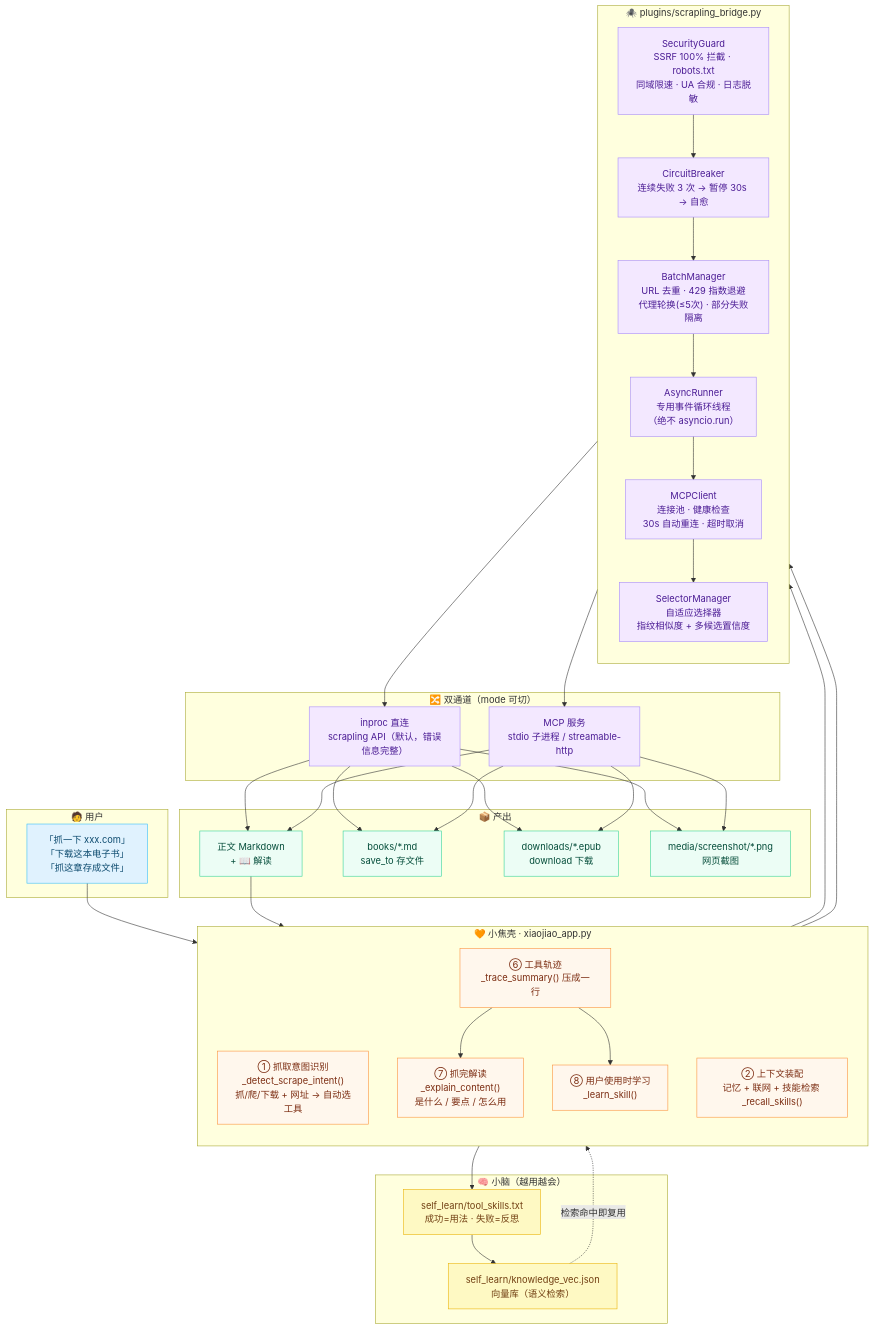
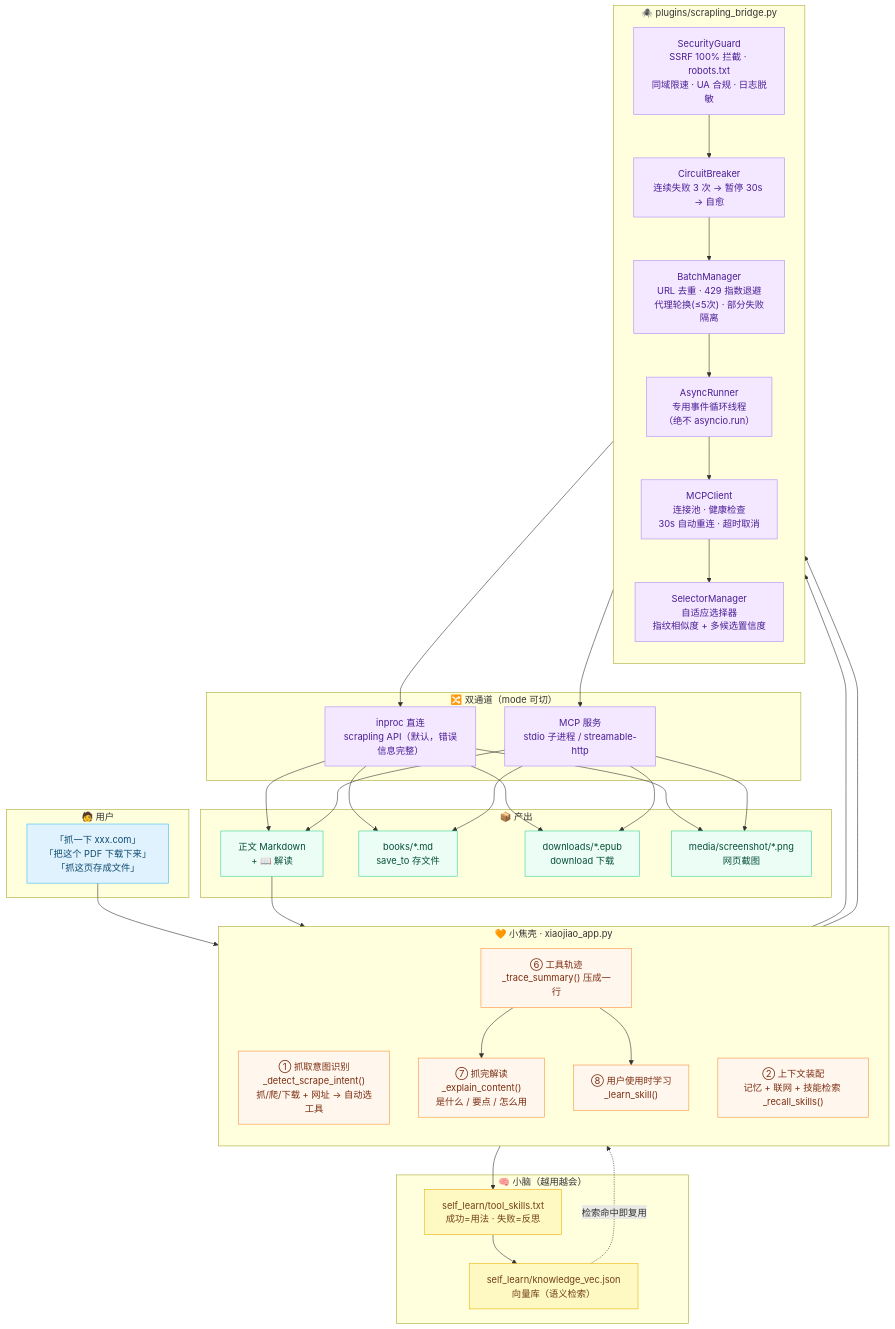
One commit to jiangchuangege/xiaojiao-harness changed diagram 12 of 13 in README.md. Above: the diagram before and after it, drawn with Mermaid. The commit also changed other lines of this file and 4 other files, not shown here.

````diff
--- a/README.md
+++ b/README.md
@@ -1012,65 +1012,65 @@
 ```mermaid
 flowchart TB
     subgraph U["🧑 用户"]
-        Q["「抓一下 xxx.com」<br/>「下载这本电子书」<br/>「抓这章存成文件」"]
+        Q["「抓一下 xxx.com」<br/>「把这个 PDF 下载下来」<br/>「抓这页存成文件」"]
     end
 
     subgraph APP["🧡 小焦壳 · xiaojiao_app.py"]
         direction TB
         DI["① 抓取意图识别<br/>_detect_scrape_intent()<br/>抓/爬/下载 + 网址 → 自动选工具"]
         WS["② 上下文装配<br/>记忆 + 联网 + 技能检索 _recall_skills()"]
         TR["⑥ 工具轨迹<br/>_trace_summary() 压成一行"]
         EX["⑦ 抓完解读<br/>_explain_content()<br/>是什么 / 要点 / 怎么用"]
         LE["⑧ 用户使用时学习<br/>_learn_skill()"]
     end
 
     subgraph BR["🕷️ plugins/scrapling_bridge.py"]
         direction TB
         SEC["SecurityGuard<br/>SSRF 100% 拦截 · robots.txt<br/>同域限速 · UA 合规 · 日志脱敏"]
         CB["CircuitBreaker<br/>连续失败 3 次 → 暂停 30s → 自愈"]
         BM["BatchManager<br/>URL 去重 · 429 指数退避<br/>代理轮换(≤5次) · 部分失败隔离"]
         AR["AsyncRunner<br/>专用事件循环线程<br/>（绝不 asyncio.run）"]
         MC["MCPClient<br/>连接池 · 健康检查<br/>30s 自动重连 · 超时取消"]
         SM["SelectorManager<br/>自适应选择器<br/>指纹相似度 + 多候选置信度"]
     end
 
     subgraph DUAL["🔀 双通道（mode 可切）"]
         IP["inproc 直连<br/>scrapling API（默认，错误信息完整）"]
         MP["MCP 服务<br/>stdio 子进程 / streamable-http"]
     end
 
     subgraph OUT["📦 产出"]
         R1["正文 Markdown<br/>+ 📖 解读"]
         R2["books/*.md<br/>save_to 存文件"]
         R3["downloads/*.epub<br/>download 下载"]
         R4["media/screenshot/*.png<br/>网页截图"]
     end
 
     subgraph LR["🧠 小脑（越用越会）"]
         KF["self_learn/tool_skills.txt<br/>成功=用法 · 失败=反思"]
         VEC["self_learn/knowledge_vec.json<br/>向量库（语义检索）"]
     end
 
     Q --> DI --> SEC
     WS --> SEC
     SEC --> CB --> BM --> AR --> MC
     MC --> IP
     MC --> MP
     MC --> SM
     IP --> R1 & R2 & R3 & R4
     MP --> R1 & R2 & R3 & R4
     R1 --> TR --> EX
     TR --> LE --> KF --> VEC
     VEC -. "检索命中即复用" .-> WS
 
     classDef u fill:#e0f2fe,stroke:#38bdf8,color:#0c4a6e;
     classDef app fill:#fff7ed,stroke:#fb923c,color:#7c2d12;
     classDef br fill:#f3e8ff,stroke:#a78bfa,color:#4c1d95;
     classDef out fill:#ecfdf5,stroke:#34d399,color:#064e3b;
     classDef lrn fill:#fef9c3,stroke:#eab308,color:#713f12;
     class Q u;
     class DI,WS,TR,EX,LE app;
     class SEC,CB,BM,AR,MC,SM,IP,MP br;
     class R1,R2,R3,R4 out;
     class KF,VEC lrn;
 ```
````
